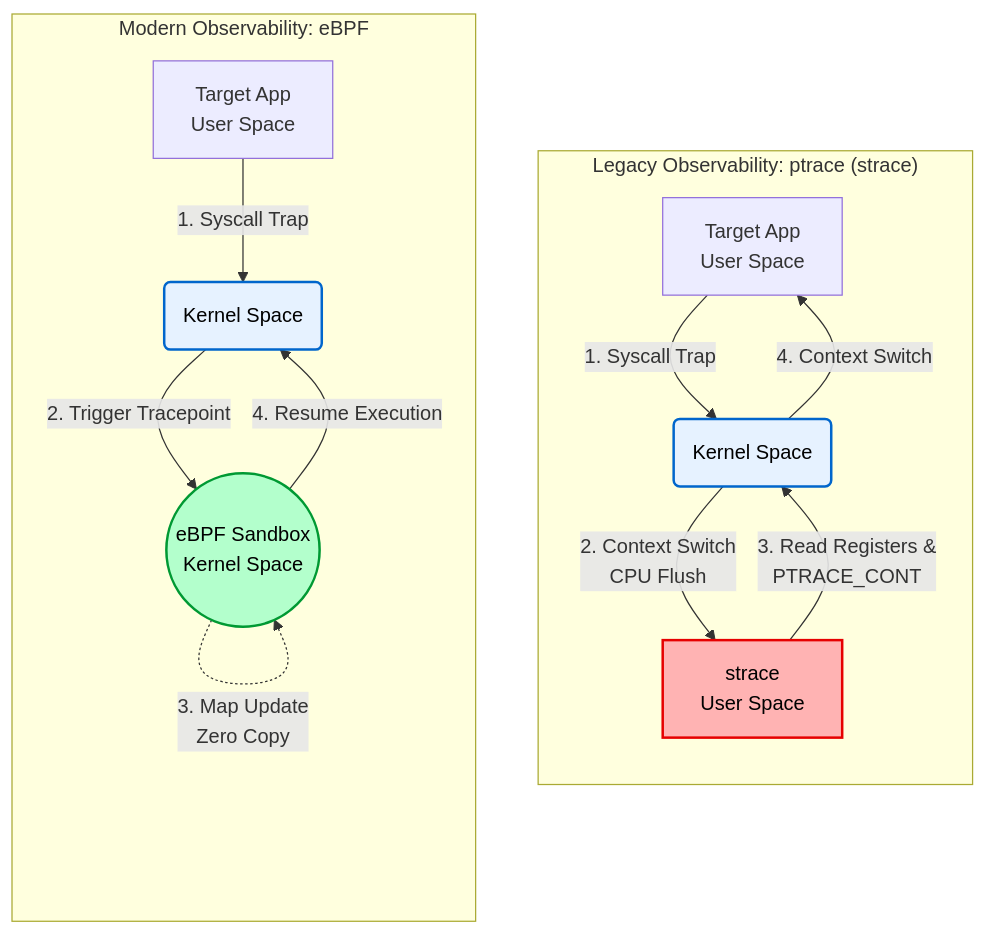
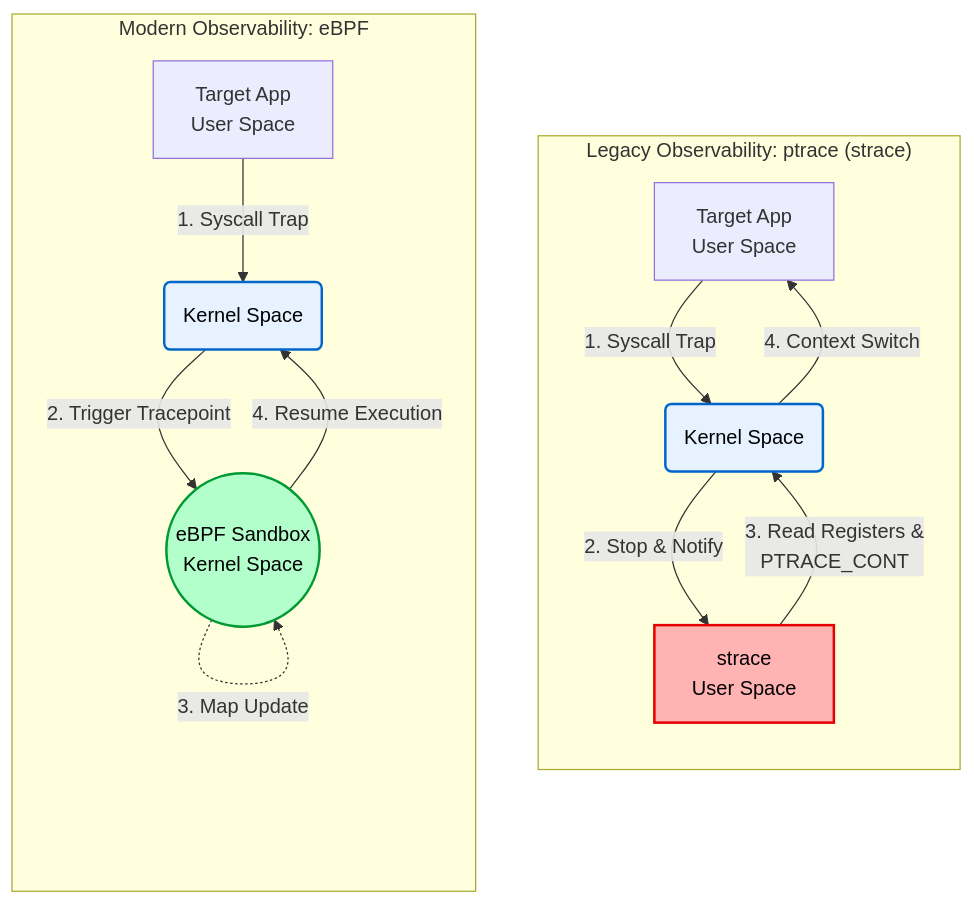
One commit to kmwook03/kernel-deep-dive changed the diagram in 01_observability_ebpf/report/README.md. Above: the diagram before and after it, drawn with Mermaid. The commit also changed other lines of this file and 11 other files, not shown here.

````diff
--- a/01_observability_ebpf/report/README.md
+++ b/01_observability_ebpf/report/README.md
@@ -26,24 +26,24 @@
 ```mermaid
 graph TD
     subgraph "Legacy Observability: ptrace (strace)"
         direction TB
         A[Target App <br> User Space] -->|1. Syscall Trap| B(Kernel Space)
-        B -->|2. Context Switch <br> CPU Flush| C[strace <br> User Space]
+        B -->|2. Stop & Notify| C[strace <br> User Space]
         C -->|3. Read Registers & <br> PTRACE_CONT| B
         B -->|4. Context Switch| A
         
         style C fill:#ffb3b3,stroke:#e60000,stroke-width:2px,color:black
         style B fill:#e6f2ff,stroke:#0066cc,stroke-width:2px,color:black
     end
 
     subgraph "Modern Observability: eBPF"
         direction TB
         D[Target App <br> User Space] -->|1. Syscall Trap| E(Kernel Space)
         E -->|2. Trigger Tracepoint| F((eBPF Sandbox <br> Kernel Space))
-        F -.->|3. Map Update <br> Zero Copy| F
+        F -.->|3. Map Update| F
         F -->|4. Resume Execution| E
         
         style F fill:#b3ffcc,stroke:#009933,stroke-width:2px,color:black
         style E fill:#e6f2ff,stroke:#0066cc,stroke-width:2px,color:black
     end
 ```
````
